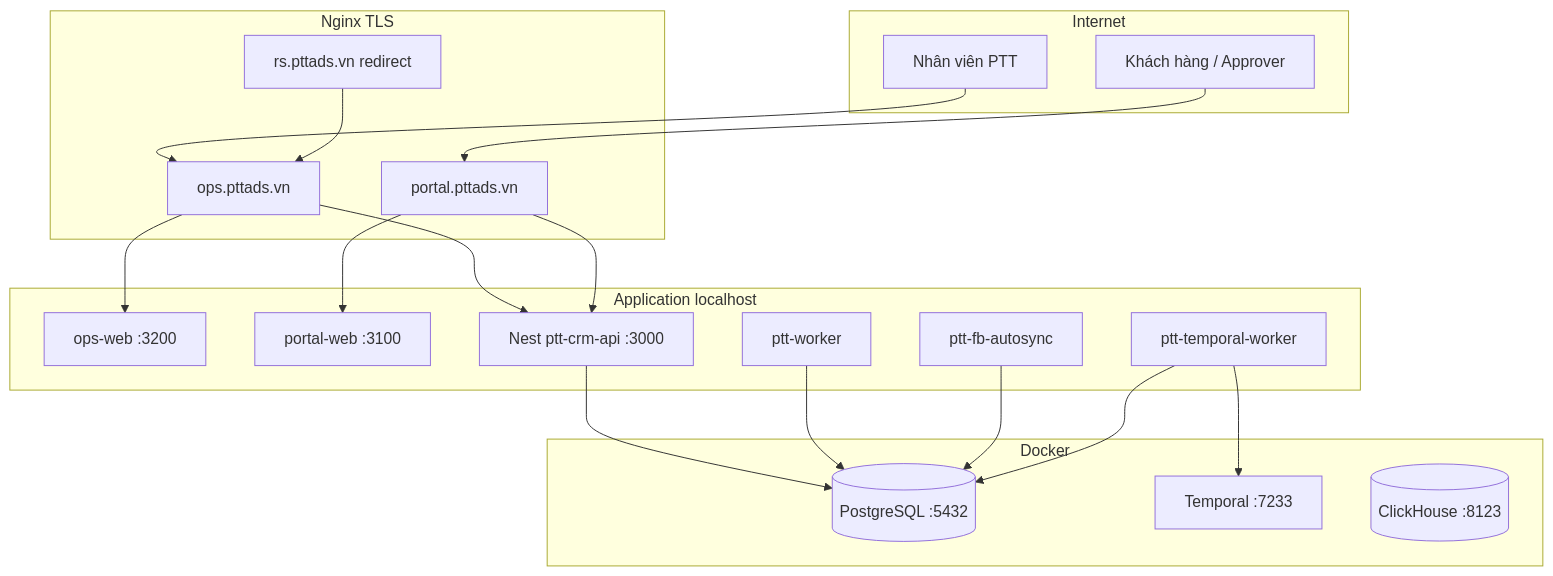
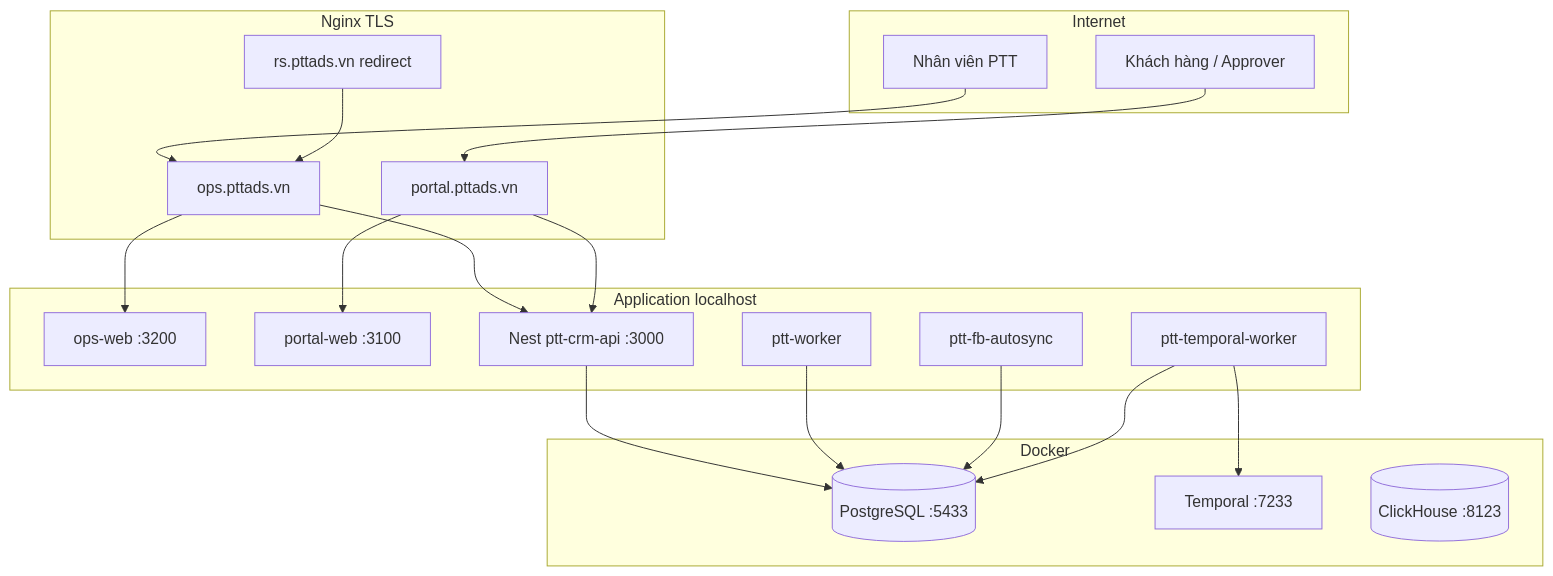
Before and after one commit to sdadtuan/RNOSAI: the diagram in docs/runbooks/vps-full-system-deploy.md, drawn with Mermaid. The commit also changed other lines of this file and 2542 other files, not shown here.

````diff
--- a/docs/runbooks/vps-full-system-deploy.md
+++ b/docs/runbooks/vps-full-system-deploy.md
@@ -34,37 +35,37 @@
 ```mermaid
 flowchart TB
     subgraph internet [Internet]
         STAFF[Nhân viên PTT]
         CLIENT[Khách hàng / Approver]
     end
     subgraph nginx [Nginx TLS]
         OPS[ops.pttads.vn]
         PORTAL[portal.pttads.vn]
         RS[rs.pttads.vn redirect]
     end
     subgraph apps [Application localhost]
         OW[ops-web :3200]
         PW[portal-web :3100]
         NEST[Nest ptt-crm-api :3000]
         WRK[ptt-worker]
         FB[ptt-fb-autosync]
         TW[ptt-temporal-worker]
     end
     subgraph infra [Docker]
-        PG[(PostgreSQL :5432)]
+        PG[(PostgreSQL :5433)]
         TEMP[Temporal :7233]
         CH[(ClickHouse :8123)]
     end
     STAFF --> OPS
     CLIENT --> PORTAL
     OPS --> OW
     OPS --> NEST
     PORTAL --> PW
     PORTAL --> NEST
     RS --> OPS
     NEST --> PG
     WRK --> PG
     FB --> PG
     TW --> TEMP
     TW --> PG
 ```
````
